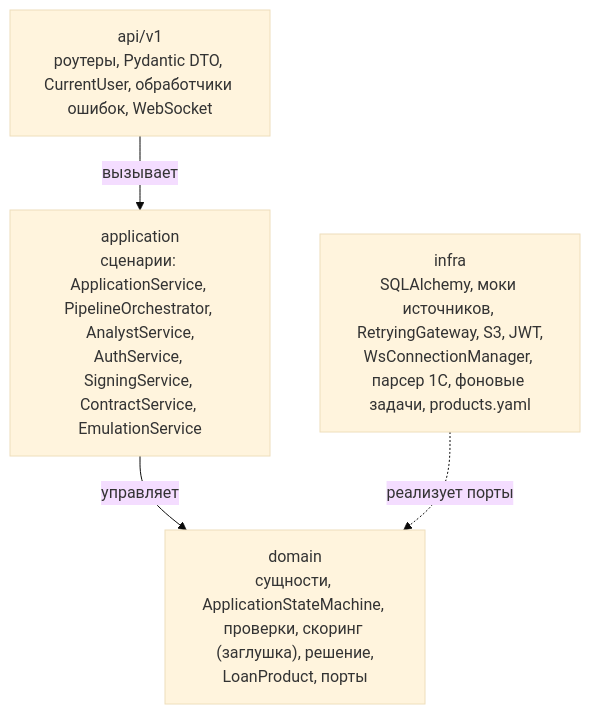
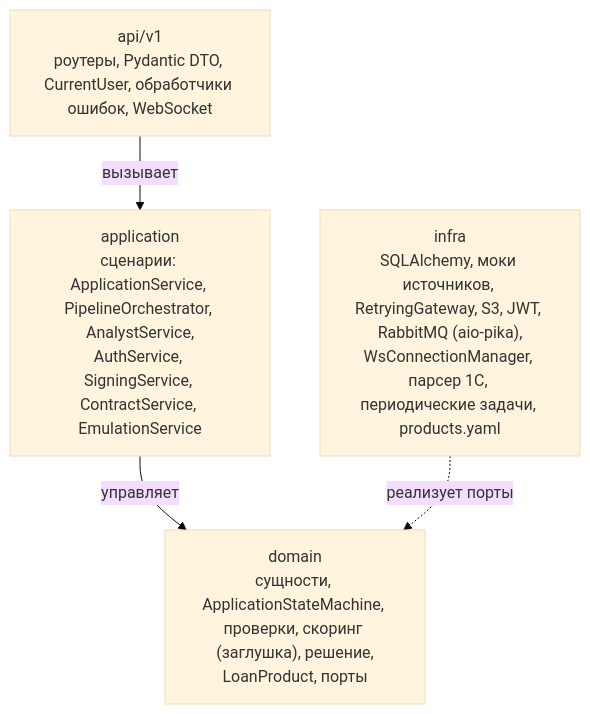
The second of 11 diagrams in backend/docs/BACKEND_SPEC.md (djentelmanick/alfa-hack-2026-credit-conveyor), drawn with Mermaid (base theme) before and after one commit. The commit also changed other lines of this file and 189 other files, not shown here.

````diff
--- a/backend/docs/BACKEND_SPEC.md
+++ b/backend/docs/BACKEND_SPEC.md
@@ -79,10 +133,10 @@
 ```mermaid
 flowchart TB
     API["api/v1<br/>роутеры, Pydantic DTO, CurrentUser, обработчики ошибок, WebSocket"]
     APP["application<br/>сценарии: ApplicationService, PipelineOrchestrator, AnalystService,<br/>AuthService, SigningService, ContractService, EmulationService"]
     DOM["domain<br/>сущности, ApplicationStateMachine, проверки, скоринг (заглушка), решение,<br/>LoanProduct, порты"]
-    INF["infra<br/>SQLAlchemy, моки источников, RetryingGateway, S3, JWT,<br/>WsConnectionManager, парсер 1С, фоновые задачи, products.yaml"]
+    INF["infra<br/>SQLAlchemy, моки источников, RetryingGateway, S3, JWT, RabbitMQ (aio-pika),<br/>WsConnectionManager, парсер 1С, периодические задачи, products.yaml"]
     API -->|вызывает| APP
     APP -->|управляет| DOM
     INF -.->|реализует порты| DOM
 ```
````
